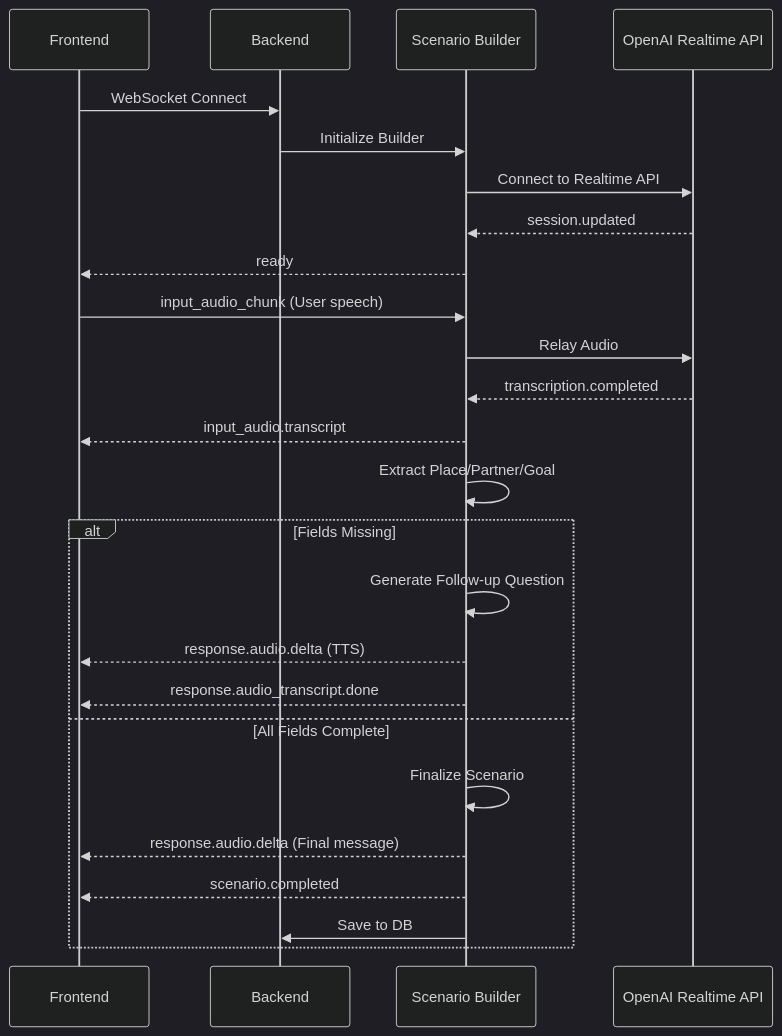
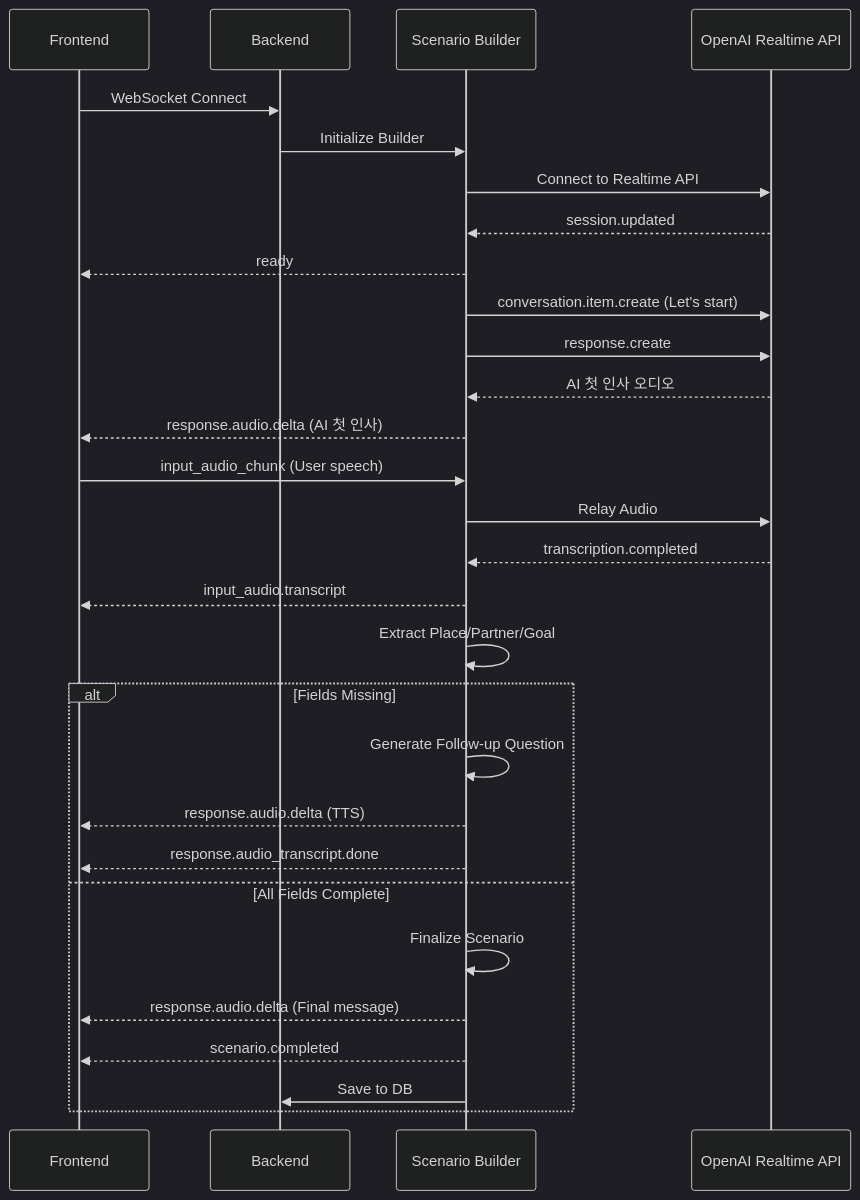
One commit to MaLangEECoperation/MaLangEE changed the first of 2 diagrams in ai-engine/WEBSOCKET_GUIDE.md. Above: the diagram before and after it, drawn with Mermaid (dark theme). The commit also changed other lines of this file, not shown here.

````diff
--- a/ai-engine/WEBSOCKET_GUIDE.md
+++ b/ai-engine/WEBSOCKET_GUIDE.md
@@ -81,30 +92,34 @@
 ```mermaid
 sequenceDiagram
     participant F as Frontend
     participant B as Backend
     participant Scenario as Scenario Builder
     participant OpenAI as OpenAI Realtime API
 
     F->>B: WebSocket Connect
     B->>Scenario: Initialize Builder
     Scenario->>OpenAI: Connect to Realtime API
     OpenAI-->>Scenario: session.updated
     Scenario-->>F: ready
+    Scenario->>OpenAI: conversation.item.create (Let's start)
+    Scenario->>OpenAI: response.create
+    OpenAI-->>Scenario: AI 첫 인사 오디오
+    Scenario-->>F: response.audio.delta (AI 첫 인사)
 
     F->>Scenario: input_audio_chunk (User speech)
     Scenario->>OpenAI: Relay Audio
     OpenAI-->>Scenario: transcription.completed
     Scenario-->>F: input_audio.transcript
     Scenario->>Scenario: Extract Place/Partner/Goal
 
     alt Fields Missing
         Scenario->>Scenario: Generate Follow-up Question
         Scenario-->>F: response.audio.delta (TTS)
         Scenario-->>F: response.audio_transcript.done
     else All Fields Complete
         Scenario->>Scenario: Finalize Scenario
         Scenario-->>F: response.audio.delta (Final message)
         Scenario-->>F: scenario.completed
         Scenario->>B: Save to DB
     end
 ```
````
